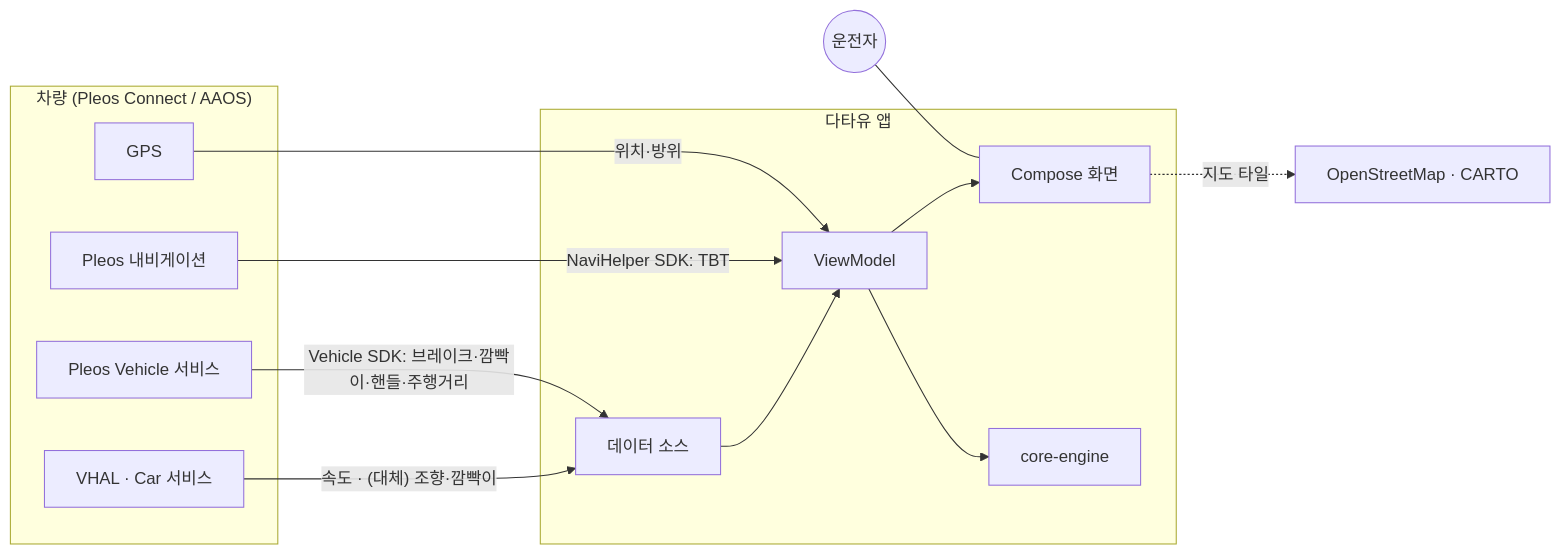
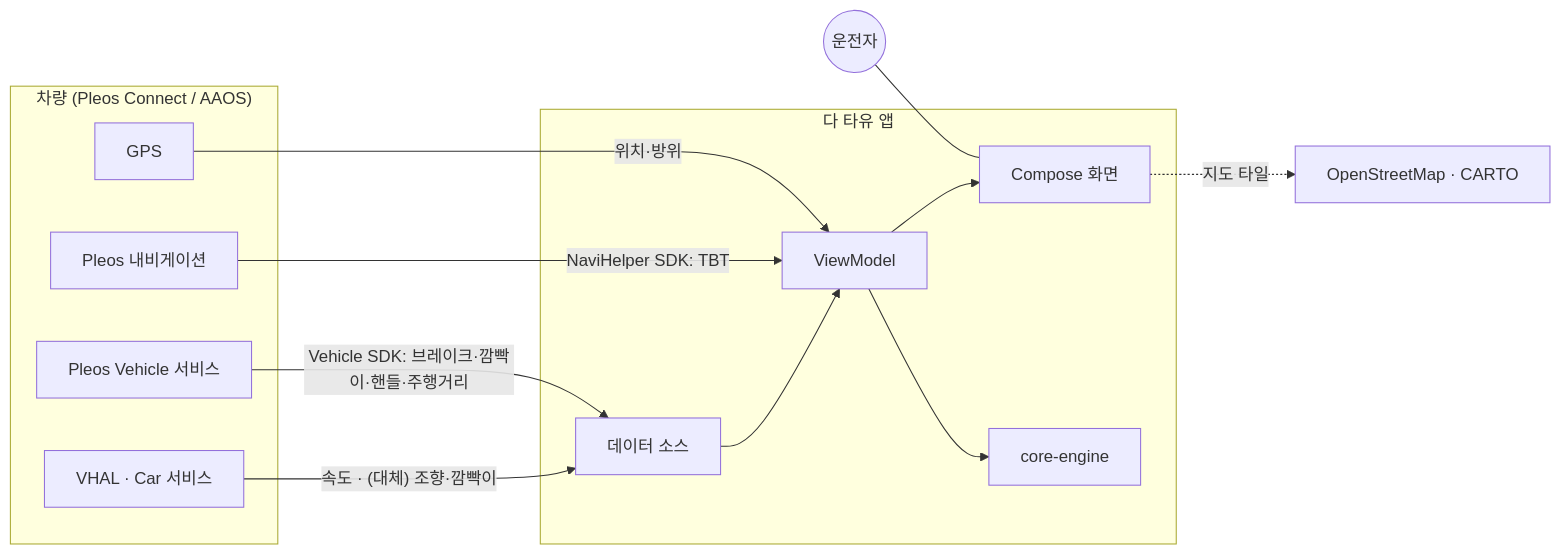
The first of 4 diagrams in docs/design/SDD.md (YD-team-account/data-you), drawn with Mermaid before and after one commit. The commit also changed other lines of this file and 31 other files, not shown here.

````diff
--- a/docs/design/SDD.md
+++ b/docs/design/SDD.md
@@ -71,19 +73,19 @@
 ```mermaid
 flowchart LR
   subgraph Car["차량 (Pleos Connect / AAOS)"]
     VHAL["VHAL · Car 서비스"]
     PV["Pleos Vehicle 서비스"]
     PN["Pleos 내비게이션"]
     GPS["GPS"]
   end
-  subgraph App["다타유 앱"]
+  subgraph App["다 타유 앱"]
     DS["데이터 소스"] --> VM["ViewModel"] --> UI["Compose 화면"]
     VM --> ENG["core-engine"]
   end
   VHAL -- "속도 · (대체) 조향·깜빡이" --> DS
   PV -- "Vehicle SDK: 브레이크·깜빡이·핸들·주행거리" --> DS
   PN -- "NaviHelper SDK: TBT" --> VM
   GPS -- "위치·방위" --> VM
   UI -. "지도 타일" .-> OSM["OpenStreetMap · CARTO"]
   Driver(("운전자")) --- UI
 ```
````
